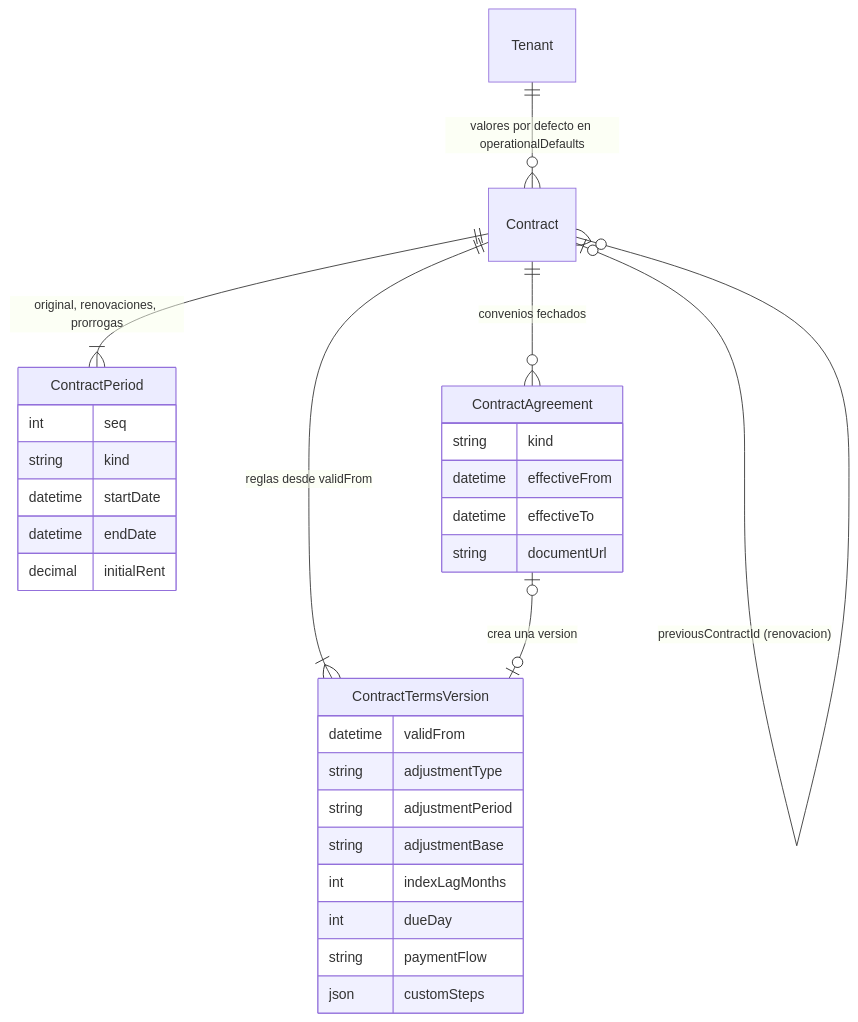
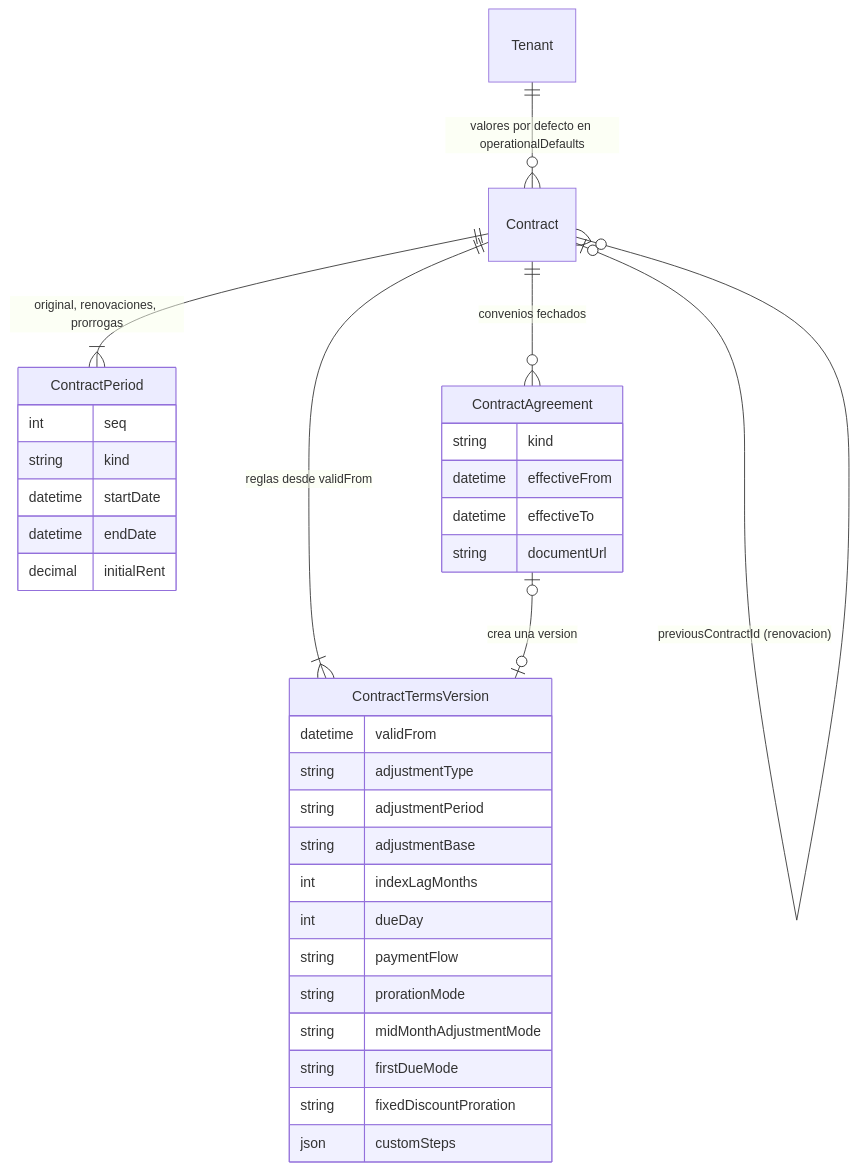
The second of 2 diagrams in docs/tesis/03-modelo-datos.md (RomeV16/Proyecto-Final---Realfy), drawn with Mermaid before and after one commit. The commit also changed other lines of this file and 5 other files, not shown here.

````diff
--- a/docs/tesis/03-modelo-datos.md
+++ b/docs/tesis/03-modelo-datos.md
@@ -226,32 +226,36 @@
 ```mermaid
 erDiagram
     Tenant ||--o{ Contract : "valores por defecto en operationalDefaults"
     Contract ||--|{ ContractPeriod : "original, renovaciones, prorrogas"
     Contract ||--|{ ContractTermsVersion : "reglas desde validFrom"
     Contract ||--o{ ContractAgreement : "convenios fechados"
     ContractAgreement |o--o| ContractTermsVersion : "crea una version"
     Contract |o--o{ Contract : "previousContractId (renovacion)"
     ContractPeriod {
         int seq
         string kind
         datetime startDate
         datetime endDate
         decimal initialRent
     }
     ContractAgreement {
         string kind
         datetime effectiveFrom
         datetime effectiveTo
         string documentUrl
     }
     ContractTermsVersion {
         datetime validFrom
         string adjustmentType
         string adjustmentPeriod
         string adjustmentBase
         int indexLagMonths
         int dueDay
         string paymentFlow
+        string prorationMode
+        string midMonthAdjustmentMode
+        string firstDueMode
+        string fixedDiscountProration
         json customSteps
     }
 ```
````
